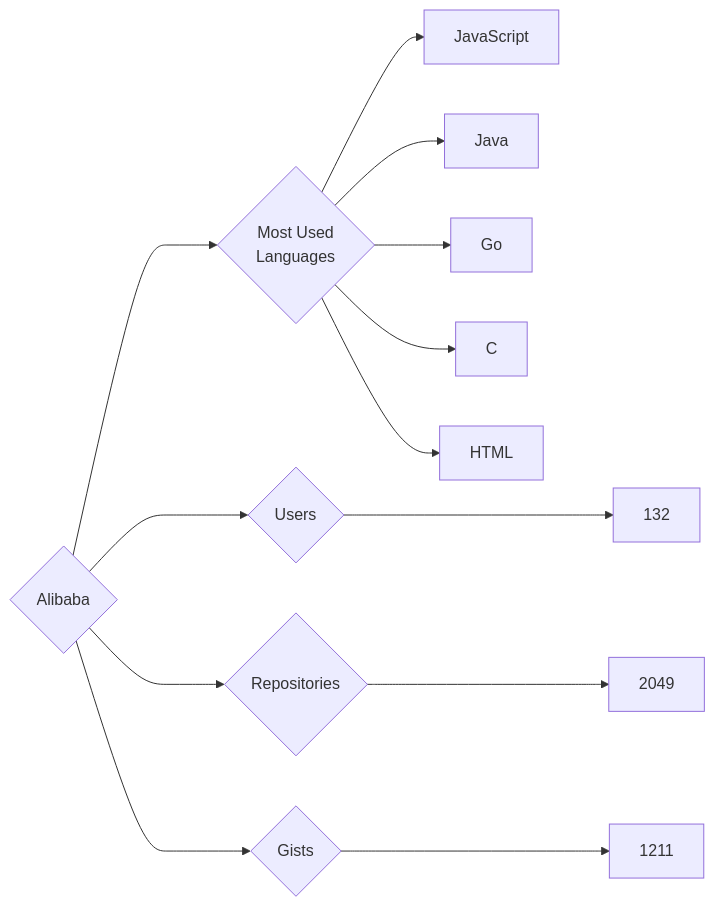
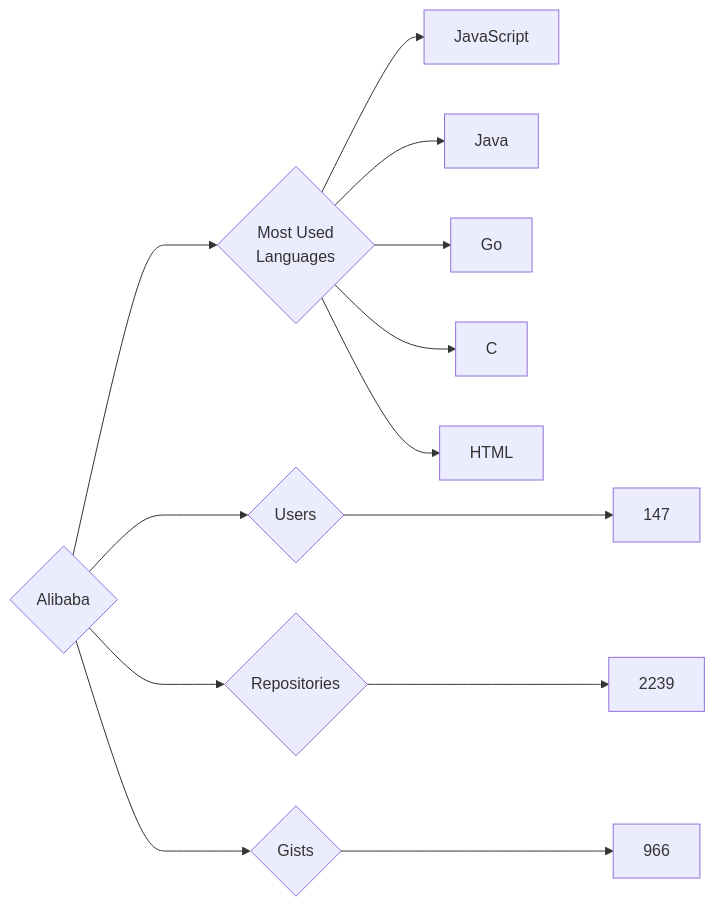
One commit to trickest/insiders changed the diagram in targets/Alibaba/README.md. Above: the diagram before and after it, drawn with Mermaid. The commit also changed 860 other files, not shown here.

````diff
--- a/targets/Alibaba/README.md
+++ b/targets/Alibaba/README.md
@@ -3,13 +3,13 @@
 ```mermaid
 graph LR
 COMPANY_NAME{Alibaba}
-COMPANY_NAME ---> U{Users} ---> UN[132]
-COMPANY_NAME ---> R{Repositories} ---> RN[2049]
-COMPANY_NAME ---> G{Gists} ---> GN[1211]
+COMPANY_NAME ---> U{Users} ---> UN[147]
+COMPANY_NAME ---> R{Repositories} ---> RN[2239]
+COMPANY_NAME ---> G{Gists} ---> GN[966]
 COMPANY_NAME ---> ML{Most Used<br>Languages}
 ML --> JavaScript[JavaScript]
 ML --> Java[Java]
 ML --> Go[Go]
 ML --> C[C]
 ML --> HTML[HTML]
 ```
````
